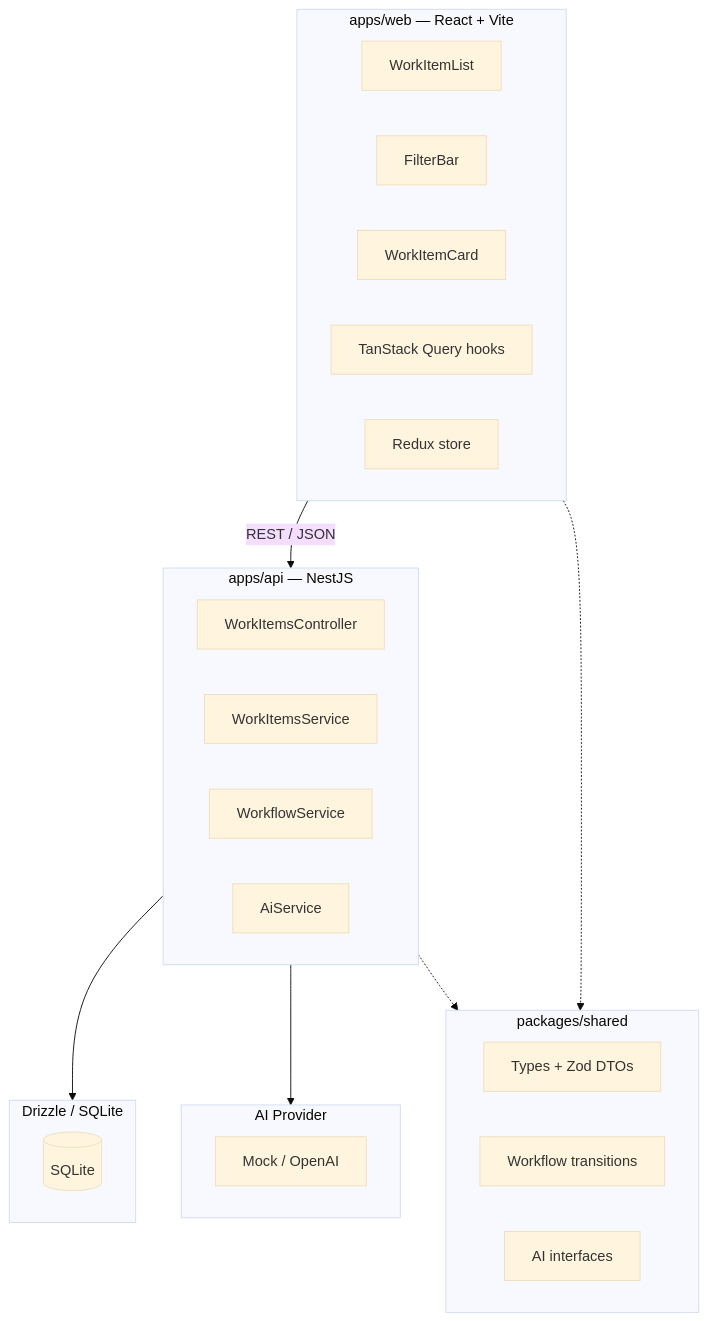
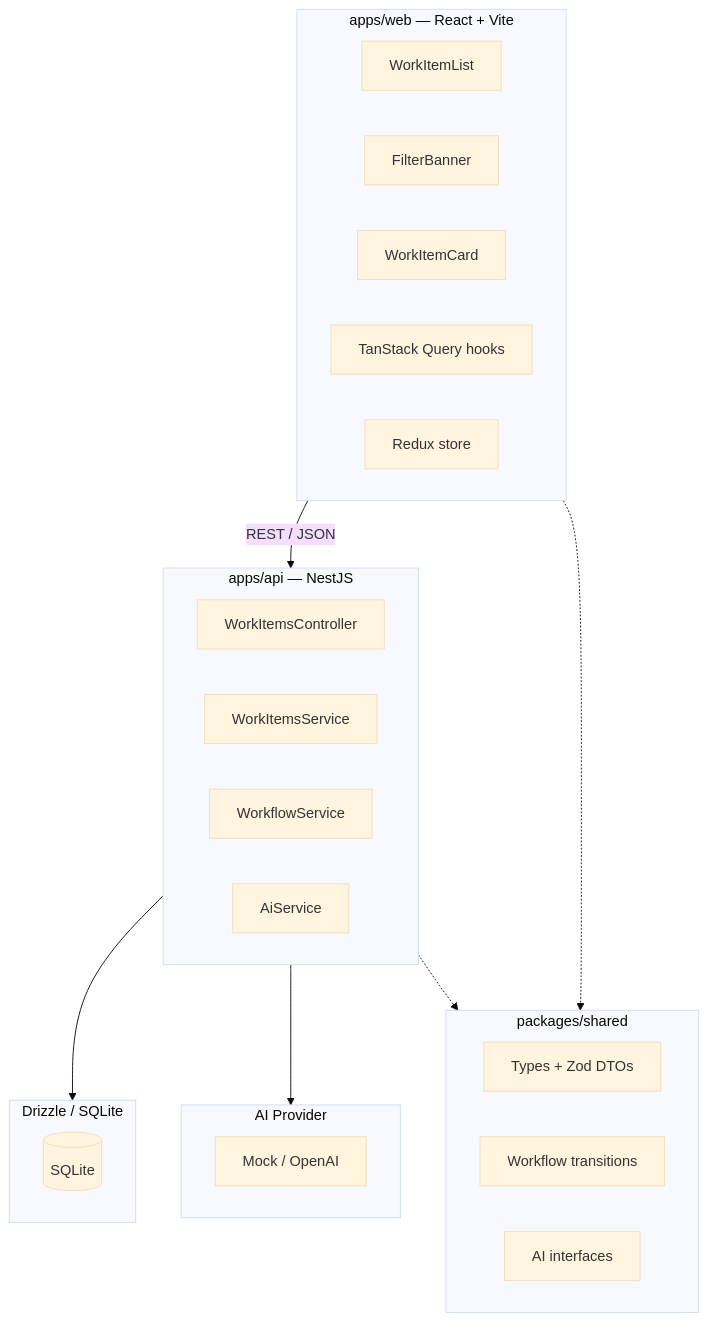
Before and after one commit to walkeratmind/odin_project: the diagram in AGENTS.md, drawn with Mermaid (base theme). The commit also changed other lines of this file and 11 other files, not shown here.

````diff
--- a/AGENTS.md
+++ b/AGENTS.md
@@ -43,39 +43,39 @@
 ```mermaid
 flowchart TB
     subgraph Frontend["apps/web — React + Vite"]
         F1[WorkItemList]
-        F2[FilterBar]
+        F2[FilterBanner]
         F3[WorkItemCard]
         F4[TanStack Query hooks]
         F5[Redux store]
     end
 
     Frontend -->|REST / JSON| Backend
 
     subgraph Backend["apps/api — NestJS"]
         B1[WorkItemsController]
         B2[WorkItemsService]
         B3[WorkflowService]
         B4[AiService]
     end
 
     Backend --> DB
     Backend --> AI
 
     subgraph DB["Drizzle / SQLite"]
         D1[(SQLite)]
     end
 
     subgraph AI["AI Provider"]
         A1[Mock / OpenAI]
     end
 
     subgraph Shared["packages/shared"]
         S1[Types + Zod DTOs]
         S2[Workflow transitions]
         S3[AI interfaces]
     end
 
     Frontend -.-> Shared
     Backend -.-> Shared
 ```
````
